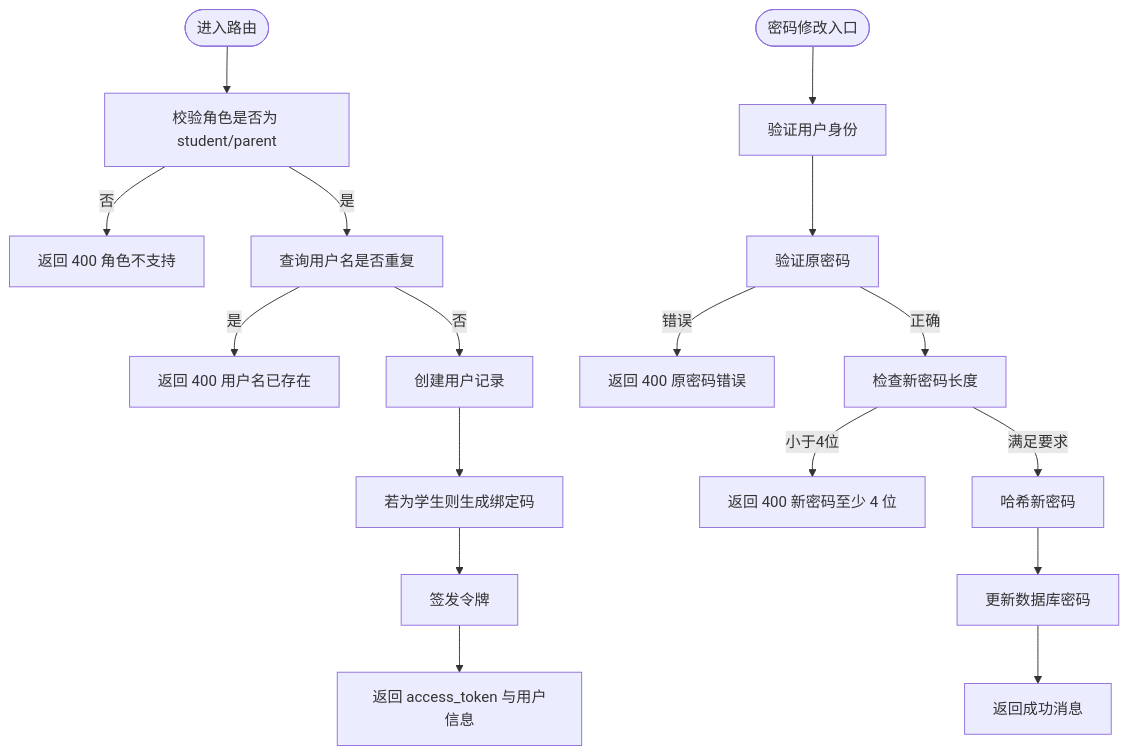
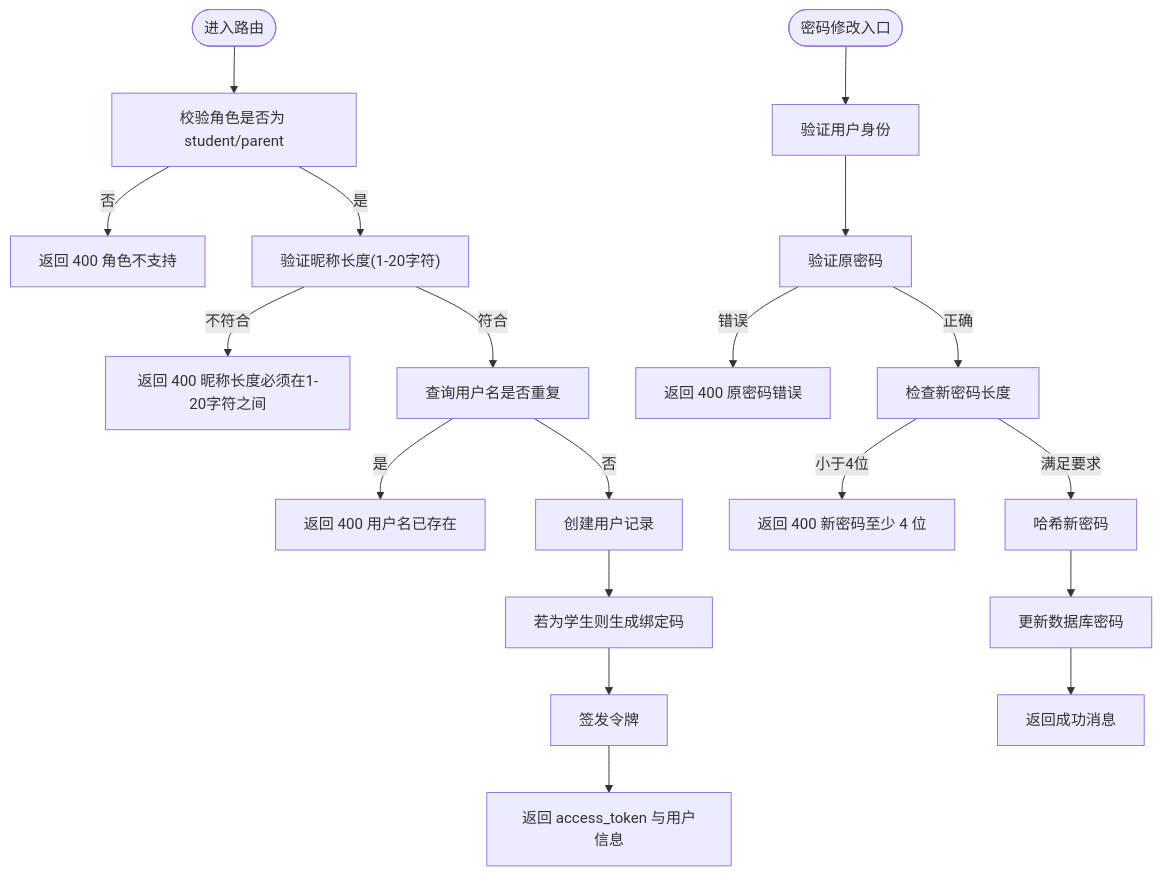
The third of 8 diagrams in .qoder/repowiki/zh/content/暑假作业打卡系统/后端服务架构/路由层设计/用户认证路由.md (onebody/homework), drawn with Mermaid before and after one commit. The commit also changed other lines of this file and 28 other files, not shown here.

````diff
--- a/.qoder/repowiki/zh/content/暑假作业打卡系统/后端服务架构/路由层设计/用户认证路由.md
+++ b/.qoder/repowiki/zh/content/暑假作业打卡系统/后端服务架构/路由层设计/用户认证路由.md
@@ -190,19 +200,21 @@
 ```mermaid
 flowchart TD
 Start(["进入路由"]) --> CheckRole["校验角色是否为 student/parent"]
 CheckRole --> |否| ErrRole["返回 400 角色不支持"]
-CheckRole --> |是| CheckDup["查询用户名是否重复"]
+CheckRole --> |是| ValidateNickname["验证昵称长度(1-20字符)"]
+ValidateNickname --> |不符合| ErrNickname["返回 400 昵称长度必须在1-20字符之间"]
+ValidateNickname --> |符合| CheckDup["查询用户名是否重复"]
 CheckDup --> |是| ErrDup["返回 400 用户名已存在"]
 CheckDup --> |否| CreateUser["创建用户记录"]
 CreateUser --> GenBind["若为学生则生成绑定码"]
 GenBind --> IssueToken["签发令牌"]
 IssueToken --> ReturnOK["返回 access_token 与用户信息"]
 Start2(["密码修改入口"]) --> AuthCheck["验证用户身份"]
 AuthCheck --> VerifyOld["验证原密码"]
 VerifyOld --> |错误| ErrOld["返回 400 原密码错误"]
 VerifyOld --> |正确| CheckNewLen["检查新密码长度"]
 CheckNewLen --> |小于4位| ErrLen["返回 400 新密码至少 4 位"]
 CheckNewLen --> |满足要求| HashNew["哈希新密码"]
 HashNew --> UpdateDB["更新数据库密码"]
 UpdateDB --> ReturnSuccess["返回成功消息"]
 ```
````
